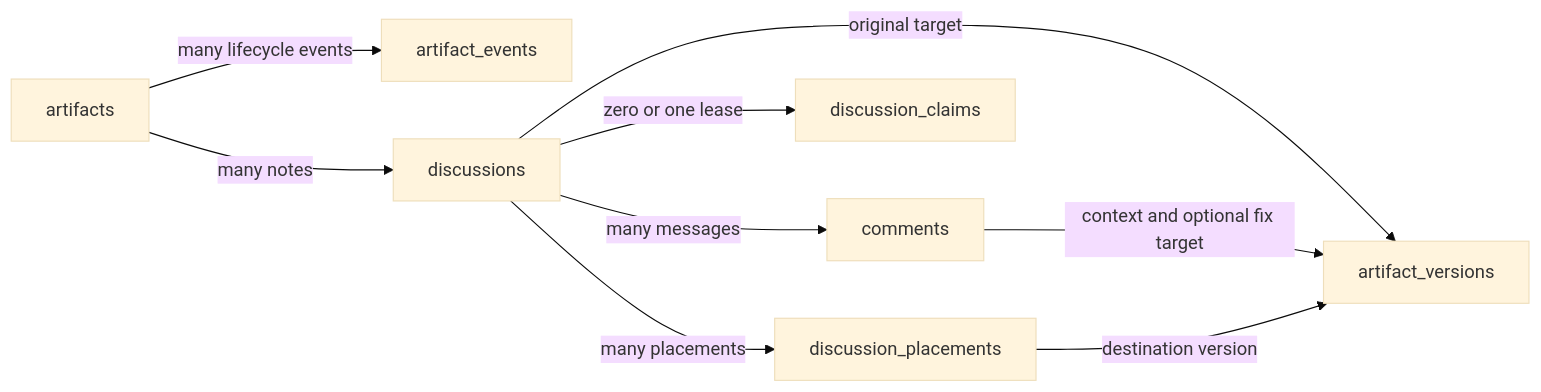
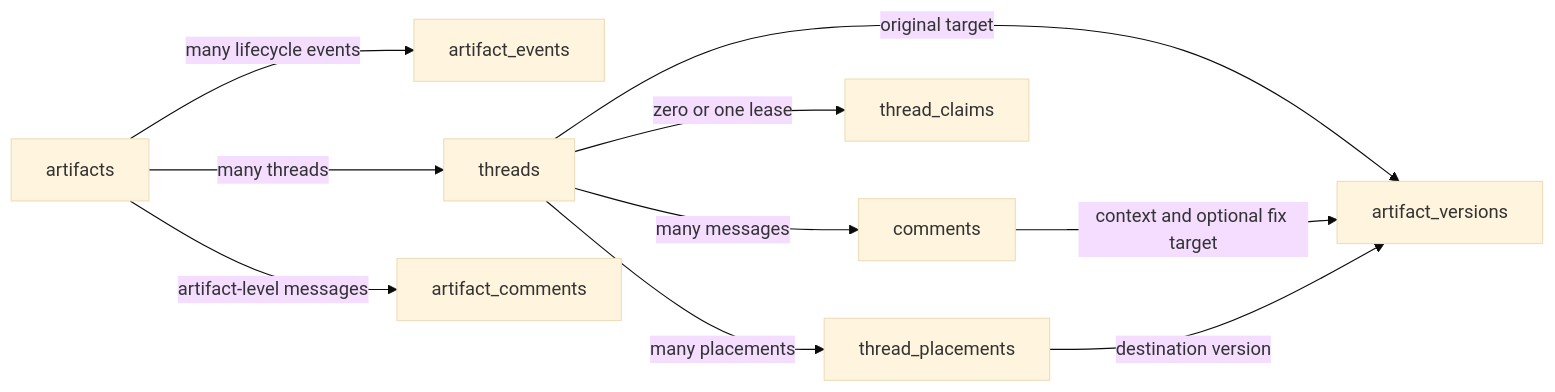
Before and after one commit to hyperlogue/r3: the second of 3 diagrams in docs/artifacts/schema.md, drawn with Mermaid (base theme). The commit also changed other lines of this file and 183 other files, not shown here.

First line of the commit message:
refactor(api): align contracts around threads and comments

````diff
--- a/docs/artifacts/schema.md
+++ b/docs/artifacts/schema.md
@@ -28,11 +28,12 @@
 ```mermaid
 flowchart LR
   A[artifacts] -->|many lifecycle events| E[artifact_events]
-  A -->|many notes| F[discussions]
+  A -->|many threads| F[threads]
+  A -->|artifact-level messages| AC[artifact_comments]
   F -->|many messages| R[comments]
-  F -->|zero or one lease| C[discussion_claims]
-  F -->|many placements| P[discussion_placements]
+  F -->|zero or one lease| C[thread_claims]
+  F -->|many placements| P[thread_placements]
   F -->|original target| V[artifact_versions]
   R -->|context and optional fix target| V
   P -->|destination version| V
 ```
````
